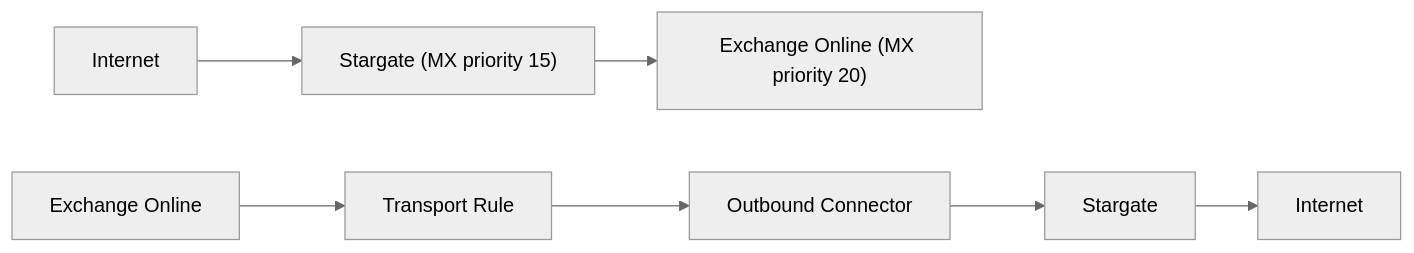
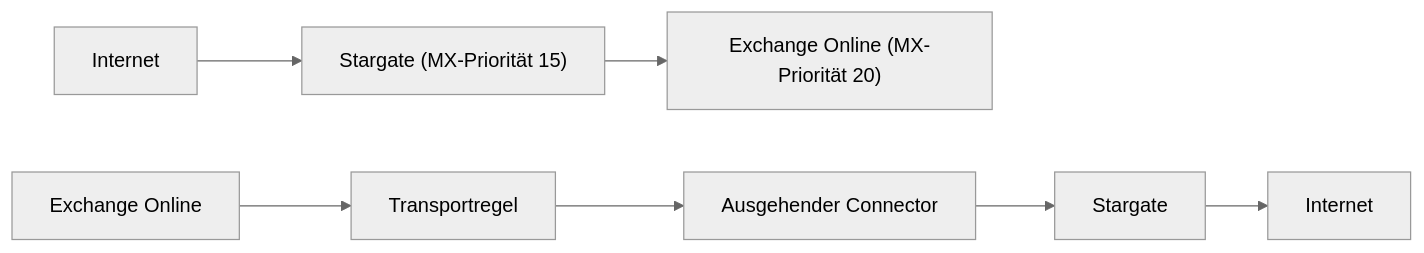
Before and after one commit to Health-Info-Net-AG/Stargate-deployment: the first of 2 diagrams in docs/de/Exchange-integration.md, drawn with Mermaid (neutral theme). The commit also changed other lines of this file and 15 other files, not shown here.

````diff
--- a/docs/de/Exchange-integration.md
+++ b/docs/de/Exchange-integration.md
@@ -18,13 +18,13 @@
 ```mermaid
 flowchart LR
     I1 --> mx15 --> mx20
     EO --> TR --> OC --> Stargate --> I2
     I1["Internet"]
     I2["Internet"]
-    mx15["Stargate (MX priority 15)"]
-    mx20["Exchange Online (MX priority 20)"]
+    mx15["Stargate (MX-Priorität 15)"]
+    mx20["Exchange Online (MX-Priorität 20)"]
     EO["Exchange Online"]
-    TR["Transport Rule"]
-    OC["Outbound Connector"]
+    TR["Transportregel"]
+    OC["Ausgehender Connector"]
     Stargate
 ```
````
